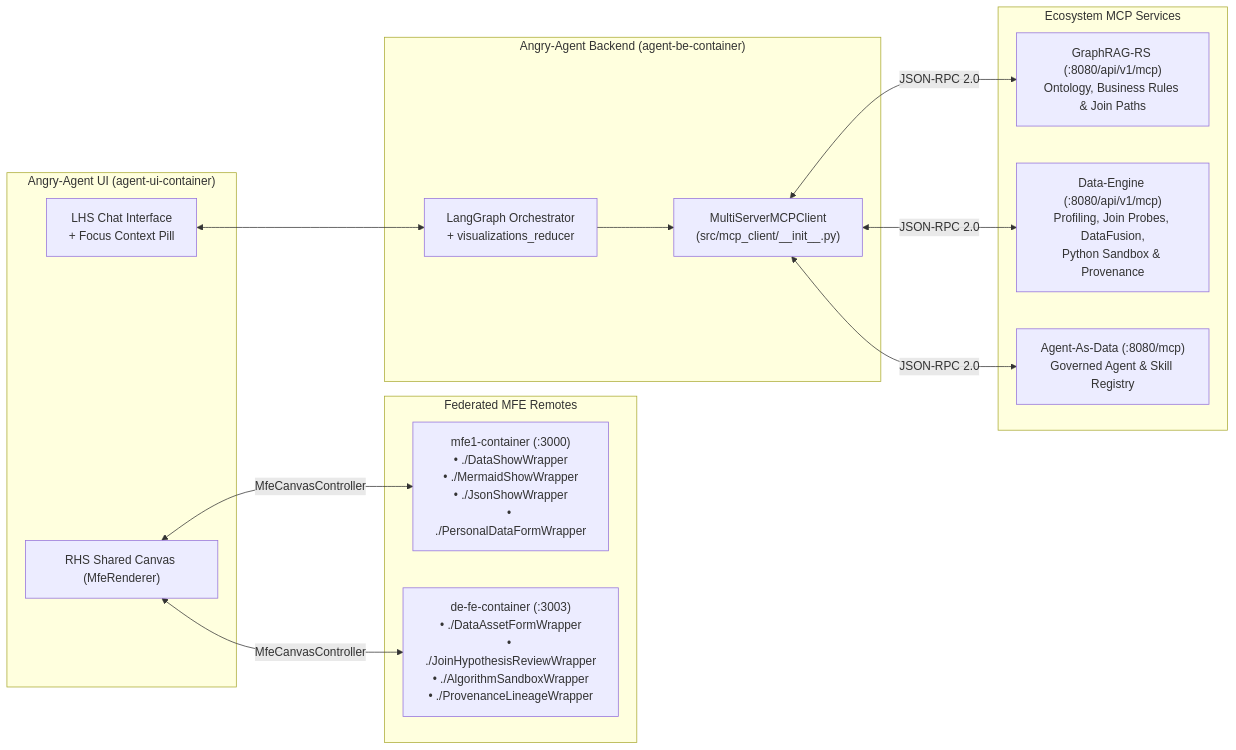
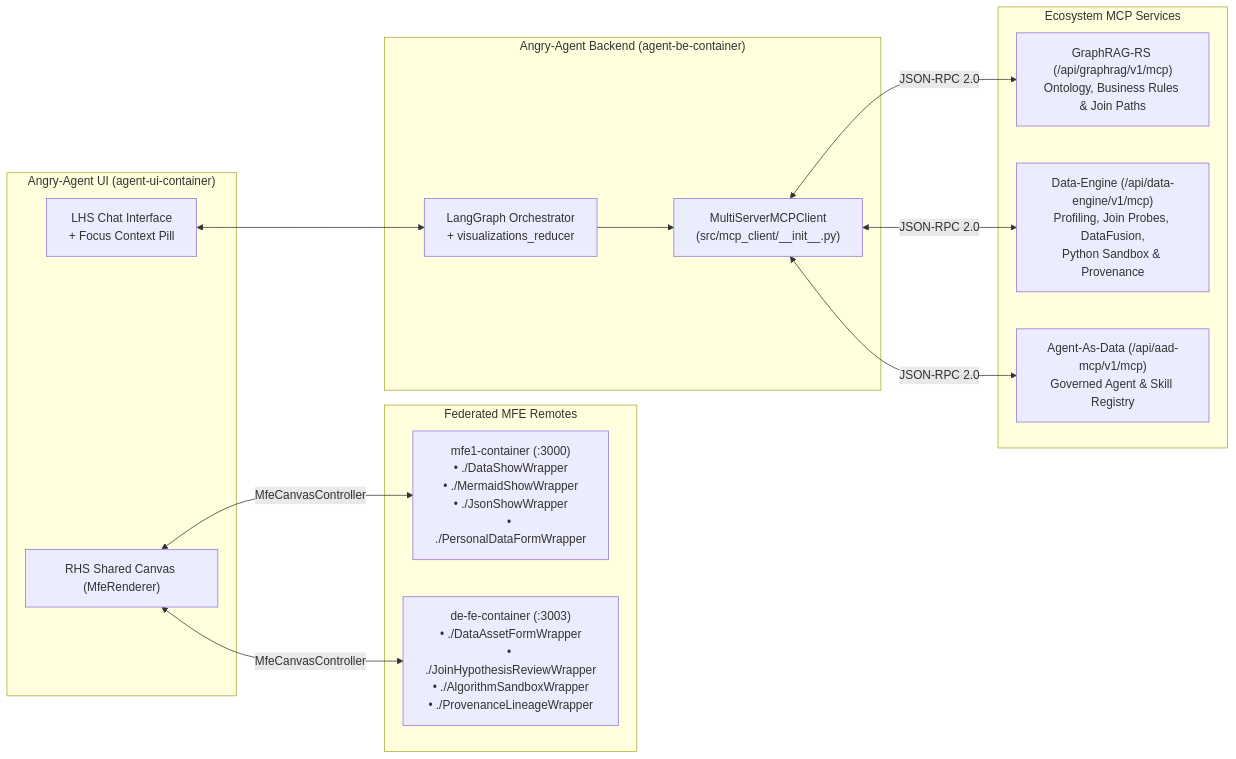
The diagram in spec/prds/semantic-steward-and-provenance-journey-prd.md (PolecatWorks/Angry-agent), drawn with Mermaid before and after one commit. The commit also changed 1 other file, not shown here.

Commit message:
docs(prds): align downstream MCP endpoint prefixes with canonical service paths

````diff
--- a/spec/prds/semantic-steward-and-provenance-journey-prd.md
+++ b/spec/prds/semantic-steward-and-provenance-journey-prd.md
@@ -10,31 +10,31 @@
 ```mermaid
 flowchart LR
     subgraph UI["Angry-Agent UI (agent-ui-container)"]
         Chat["LHS Chat Interface\n+ Focus Context Pill"]
         Canvas["RHS Shared Canvas (MfeRenderer)"]
     end
 
     subgraph Remotes["Federated MFE Remotes"]
         MFE1["mfe1-container (:3000)\n• ./DataShowWrapper\n• ./MermaidShowWrapper\n• ./JsonShowWrapper\n• ./PersonalDataFormWrapper"]
         DE_FE["de-fe-container (:3003)\n• ./DataAssetFormWrapper\n• ./JoinHypothesisReviewWrapper\n• ./AlgorithmSandboxWrapper\n• ./ProvenanceLineageWrapper"]
     end
 
     subgraph BE["Angry-Agent Backend (agent-be-container)"]
         LG["LangGraph Orchestrator\n+ visualizations_reducer"]
         MCPClient["MultiServerMCPClient\n(src/mcp_client/__init__.py)"]
     end
 
     subgraph MCPServers["Ecosystem MCP Services"]
-        GR_MCP["GraphRAG-RS (:8080/api/v1/mcp)\nOntology, Business Rules & Join Paths"]
-        DE_MCP["Data-Engine (:8080/api/v1/mcp)\nProfiling, Join Probes, DataFusion,\nPython Sandbox & Provenance"]
-        AAD_MCP["Agent-As-Data (:8080/mcp)\nGoverned Agent & Skill Registry"]
+        GR_MCP["GraphRAG-RS (/api/graphrag/v1/mcp)\nOntology, Business Rules & Join Paths"]
+        DE_MCP["Data-Engine (/api/data-engine/v1/mcp)\nProfiling, Join Probes, DataFusion,\nPython Sandbox & Provenance"]
+        AAD_MCP["Agent-As-Data (/api/aad-mcp/v1/mcp)\nGoverned Agent & Skill Registry"]
     end
 
     Chat <--> LG
     Canvas <-->|"MfeCanvasController"| MFE1
     Canvas <-->|"MfeCanvasController"| DE_FE
     LG --> MCPClient
     MCPClient <-->|"JSON-RPC 2.0"| GR_MCP
     MCPClient <-->|"JSON-RPC 2.0"| DE_MCP
     MCPClient <-->|"JSON-RPC 2.0"| AAD_MCP
 ```
````
